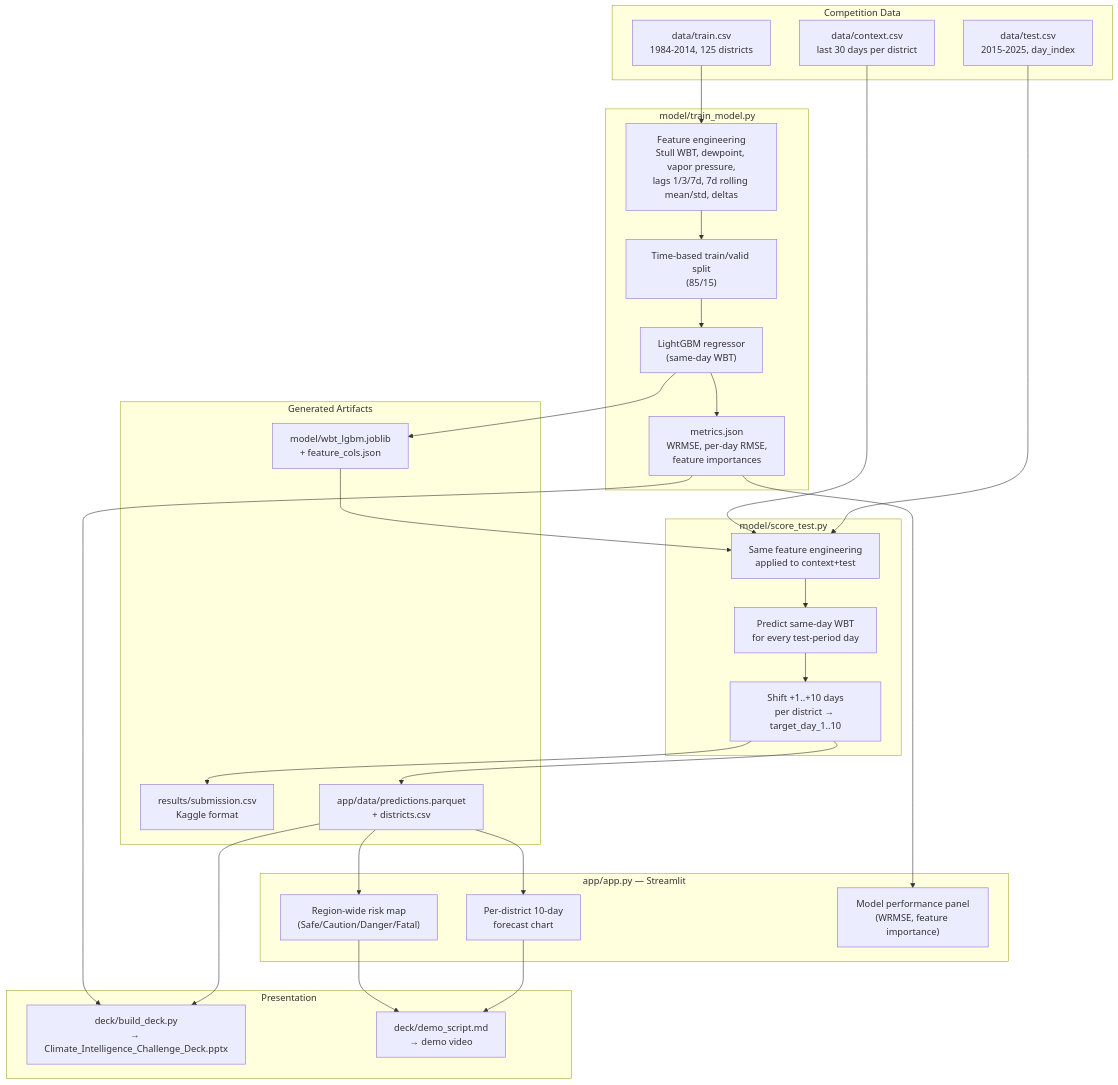
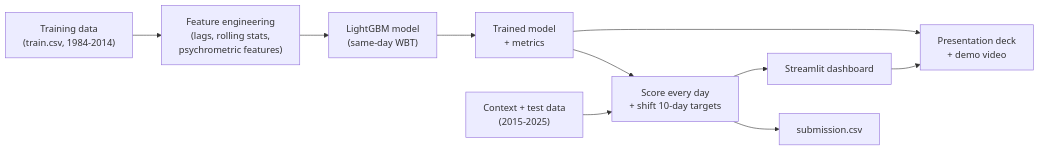
Before and after one commit to Laveshjadon/ATHER-HACKATHON: the diagram in README.md, drawn with Mermaid.

Commit message:
Simplify architecture diagram

````diff
--- a/README.md
+++ b/README.md
@@ -41,54 +41,14 @@
 ```mermaid
-flowchart TD
-    subgraph Sources["Competition Data"]
-        TRAIN["data/train.csv\n1984-2014, 125 districts"]
-        CTX["data/context.csv\nlast 30 days per district"]
-        TEST["data/test.csv\n2015-2025, day_index"]
-    end
+flowchart LR
+    A["Training data\n(train.csv, 1984-2014)"] --> B["Feature engineering\n(lags, rolling stats,\npsychrometric features)"]
+    B --> C["LightGBM model\n(same-day WBT)"]
+    C --> D["Trained model\n+ metrics"]
 
-    subgraph Training["model/train_model.py"]
-        FE1["Feature engineering\nStull WBT, dewpoint, vapor pressure,\nlags 1/3/7d, 7d rolling mean/std, deltas"]
-        SPLIT["Time-based train/valid split\n(85/15)"]
-        LGB["LightGBM regressor\n(same-day WBT)"]
-        MET["metrics.json\nWRMSE, per-day RMSE,\nfeature importances"]
-    end
+    E["Context + test data\n(2015-2025)"] --> F["Score every day\n+ shift 10-day targets"]
+    D --> F
+    F --> G["submission.csv"]
+    F --> H["Streamlit dashboard"]
 
-    subgraph Scoring["model/score_test.py"]
-        FE2["Same feature engineering\napplied to context+test"]
-        PRED["Predict same-day WBT\nfor every test-period day"]
-        SHIFT["Shift +1..+10 days\nper district → target_day_1..10"]
-    end
-
-    subgraph Outputs["Generated Artifacts"]
-        SUB["results/submission.csv\nKaggle format"]
-        APPDATA["app/data/predictions.parquet\n+ districts.csv"]
-        MODELFILE["model/wbt_lgbm.joblib\n+ feature_cols.json"]
-    end
-
-    subgraph Deployment["app/app.py — Streamlit"]
-        MAP["Region-wide risk map\n(Safe/Caution/Danger/Fatal)"]
-        DRILL["Per-district 10-day\nforecast chart"]
-        PERF["Model performance panel\n(WRMSE, feature importance)"]
-    end
-
-    subgraph Deliverables["Presentation"]
-        DECK["deck/build_deck.py\n→ Climate_Intelligence_Challenge_Deck.pptx"]
-        VIDEO["deck/demo_script.md\n→ demo video"]
-    end
-
-    TRAIN --> FE1 --> SPLIT --> LGB --> MET
-    LGB --> MODELFILE
-    MODELFILE --> FE2
-    CTX --> FE2
-    TEST --> FE2
-    FE2 --> PRED --> SHIFT
-    SHIFT --> SUB
-    SHIFT --> APPDATA
-    APPDATA --> MAP
-    APPDATA --> DRILL
-    MET --> PERF
-    MET --> DECK
-    APPDATA --> DECK
-    MAP --> VIDEO
-    DRILL --> VIDEO
+    D --> I["Presentation deck\n+ demo video"]
+    H --> I
 ```
````
